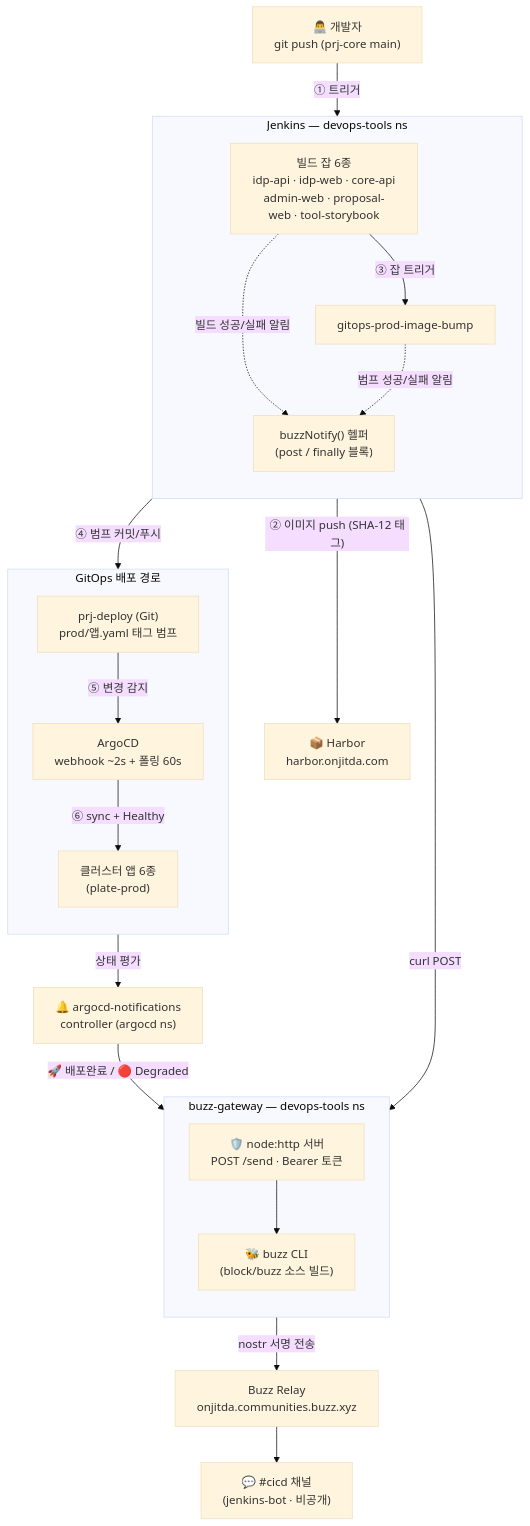
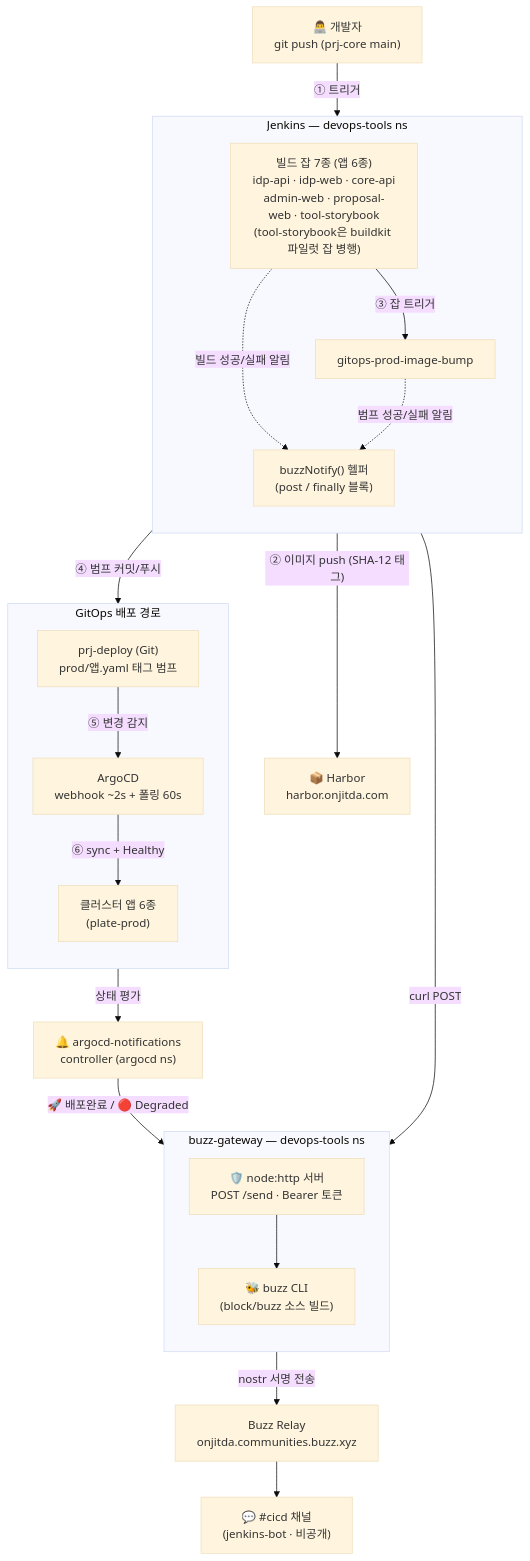
Before and after one commit to kimjoongwon/prj-devops: the first of 7 diagrams in docs/buzz-architecture-visual.md, drawn with Mermaid (base theme). The commit also changed other lines of this file and 37 other files, not shown here.

````diff
--- a/docs/buzz-architecture-visual.md
+++ b/docs/buzz-architecture-visual.md
@@ -10,47 +10,47 @@
 ```mermaid
 flowchart TB
     DEV["👨‍💻 개발자<br/>git push (prj-core main)"]
 
     subgraph JENKINS["Jenkins — devops-tools ns"]
         direction TB
-        BJ["빌드 잡 6종<br/>idp-api · idp-web · core-api<br/>admin-web · proposal-web · tool-storybook"]
+        BJ["빌드 잡 7종 (앱 6종)<br/>idp-api · idp-web · core-api<br/>admin-web · proposal-web · tool-storybook<br/>(tool-storybook은 buildkit 파일럿 잡 병행)"]
         GJ["gitops-prod-image-bump"]
         BN["buzzNotify() 헬퍼<br/>(post / finally 블록)"]
     end
 
     HARBOR["📦 Harbor<br/>harbor.onjitda.com"]
 
     subgraph GITOPS["GitOps 배포 경로"]
         direction TB
         PD["prj-deploy (Git)<br/>prod/앱.yaml 태그 범프"]
         ARGO["ArgoCD<br/>webhook ~2s + 폴링 60s"]
         APPS["클러스터 앱 6종<br/>(plate-prod)"]
     end
 
     NC["🔔 argocd-notifications<br/>controller (argocd ns)"]
 
     subgraph GWNS["buzz-gateway — devops-tools ns"]
         direction TB
         GW["🛡️ node:http 서버<br/>POST /send · Bearer 토큰"]
         CLI["🐝 buzz CLI<br/>(block/buzz 소스 빌드)"]
         GW --> CLI
     end
 
     RELAY["Buzz Relay<br/>onjitda.communities.buzz.xyz"]
     CICD["💬 #cicd 채널<br/>(jenkins-bot · 비공개)"]
 
     DEV -->|"① 트리거"| BJ
     BJ -->|"② 이미지 push (SHA-12 태그)"| HARBOR
     BJ -->|"③ 잡 트리거"| GJ
     GJ -->|"④ 범프 커밋/푸시"| PD
     PD -->|"⑤ 변경 감지"| ARGO
     ARGO -->|"⑥ sync + Healthy"| APPS
     ARGO -->|"상태 평가"| NC
 
     BJ -.->|"빌드 성공/실패 알림"| BN
     GJ -.->|"범프 성공/실패 알림"| BN
     BN -->|"curl POST"| GW
     NC -->|"🚀 배포완료 / 🔴 Degraded"| GW
     CLI -->|"nostr 서명 전송"| RELAY
     RELAY --> CICD
 ```
````
